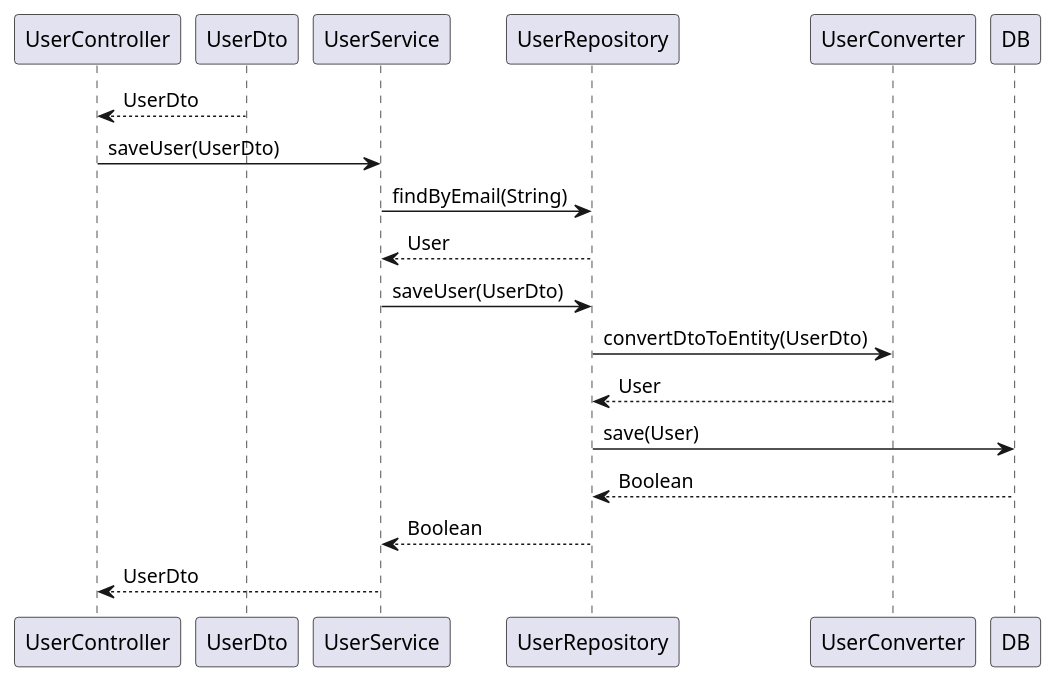
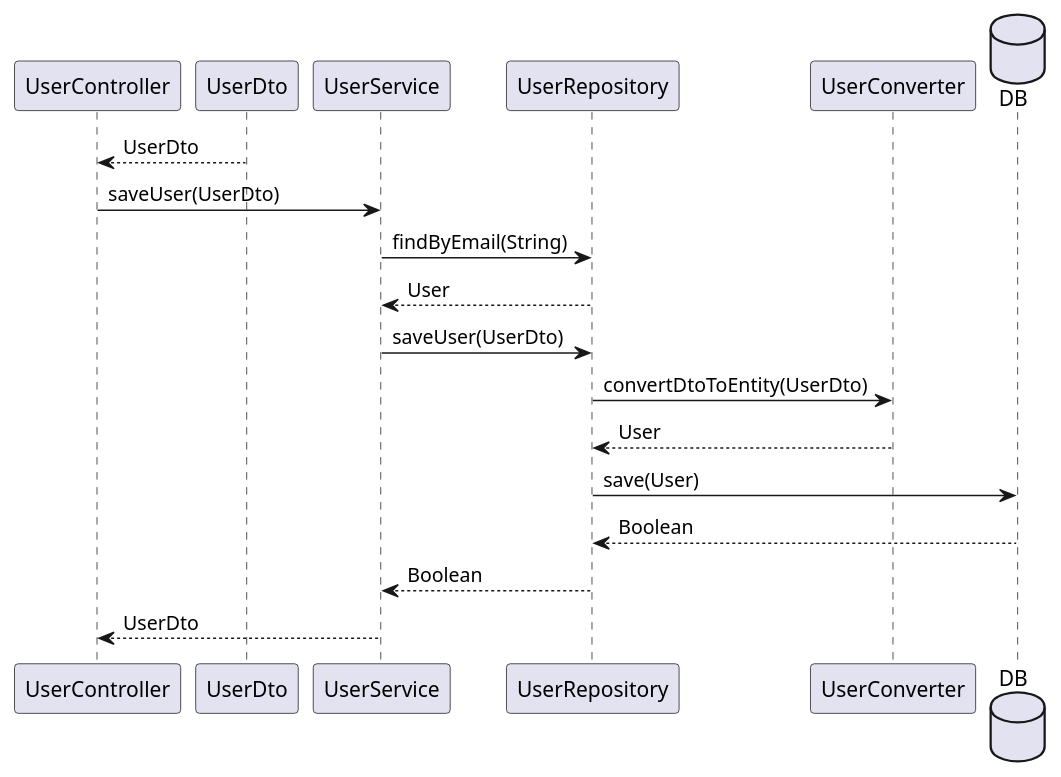
Before and after one commit to e-caste/SoftEng-EZGas: the fifth of 9 diagrams in docs/DesignDocument.md, drawn with PlantUML. The commit also changed other lines of this file, not shown here.

Commit message:
fix DB icon. ref #12

````diff
--- a/docs/DesignDocument.md
+++ b/docs/DesignDocument.md
@@ -697,20 +697,19 @@
 ```plantuml
 @startuml
-
-'database DB TODO: show DB with database icon
 
 UserController <-- UserDto: UserDto
 UserController -> UserService: saveUser(UserDto)
 UserService -> UserRepository: findByEmail(String)
 UserRepository --> UserService: User
 UserService -> UserRepository: saveUser(UserDto)
 UserRepository -> UserConverter: convertDtoToEntity(UserDto)
 UserConverter --> UserRepository: User
+database DB
 UserRepository -> DB: save(User)
 
 DB --> UserRepository: Boolean
 UserRepository --> UserService: Boolean
 UserService --> UserController: UserDto
 
 @enduml
 ```
````
